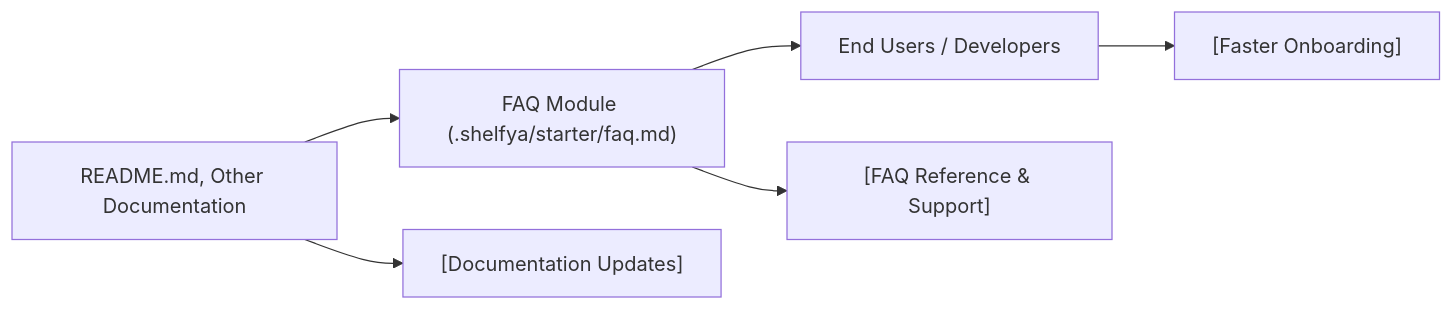
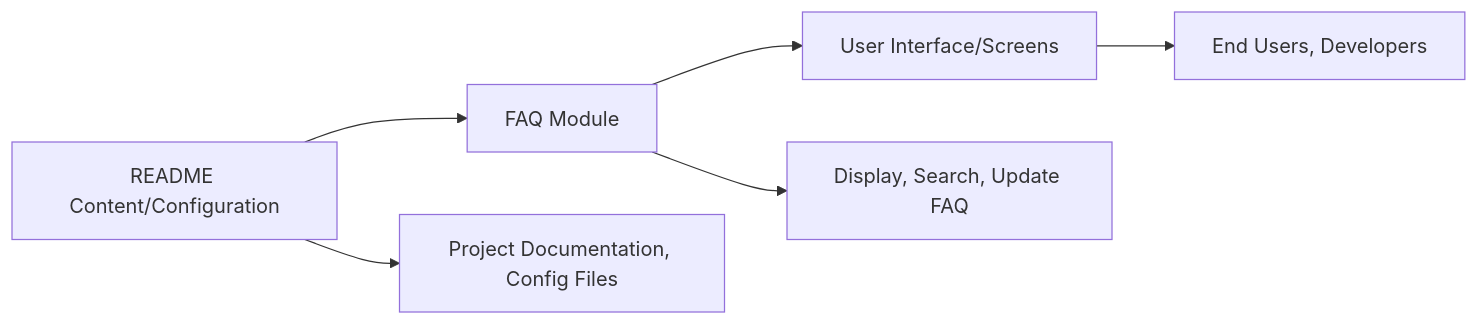
Before and after one commit to lucasboucher/Expo-Firebase-Boiler-Plate-2: the diagram in .shelfya/starter/faq.md, drawn with Mermaid. The commit also changed other lines of this file and 7 other files, not shown here.

Commit message:
docs: add initial Shelfya documentation

````diff
--- a/.shelfya/starter/faq.md
+++ b/.shelfya/starter/faq.md
@@ -31,7 +33,7 @@
 ```mermaid
 flowchart LR
-  docs["README.md, Other Documentation"] --> faqModule["FAQ Module (.shelfya/starter/faq.md)"] --> endUser["End Users / Developers"]
-  docs --> updateProcess["[Documentation Updates]"]
-  faqModule --> supportProcess["[FAQ Reference & Support]"] 
-  endUser --> onboarding["[Faster Onboarding]"]
+  dependencies["README Content/Configuration"] --> thisModule["FAQ Module"] --> usedBy["User Interface/Screens"]
+  dependencies --> details["Project Documentation, Config Files"]
+  thisModule --> process["Display, Search, Update FAQ"]
+  usedBy --> consumers["End Users, Developers"]
 ```
````
